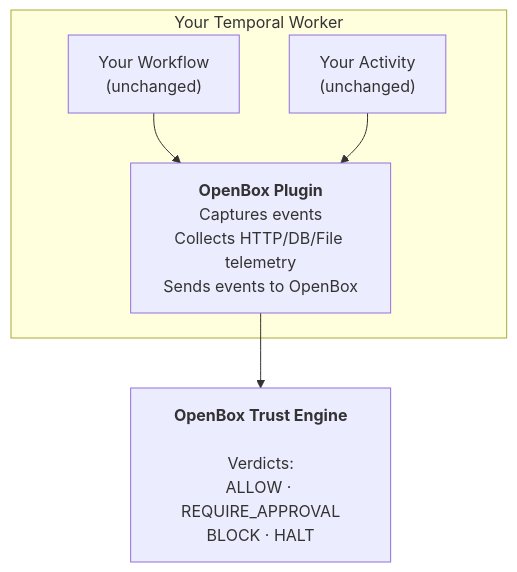
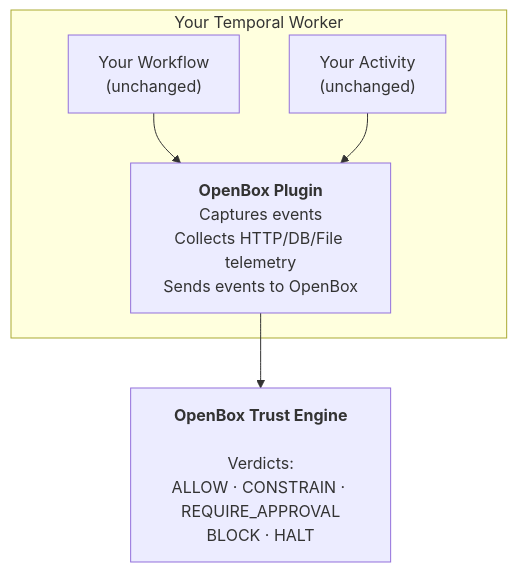
Before and after one commit to OpenBox-AI/openbox-document: the diagram in website/docs/developer-guide/temporal-python/sdk-reference.md, drawn with Mermaid. The commit also changed other lines of this file and 17 other files, not shown here.

````diff
--- a/website/docs/developer-guide/temporal-python/sdk-reference.md
+++ b/website/docs/developer-guide/temporal-python/sdk-reference.md
@@ -162,14 +166,14 @@
 ```mermaid
 flowchart TD
     subgraph worker["Your Temporal Worker"]
         workflow["Your Workflow<br/>(unchanged)"]
         activity["Your Activity<br/>(unchanged)"]
         sdk["<b>OpenBox Plugin</b><br/>Captures events<br/>Collects HTTP/DB/File telemetry<br/>Sends events to OpenBox"]
         workflow --> sdk
         activity --> sdk
     end
 
     sdk --> engine
 
-    engine["<b>OpenBox Trust Engine</b><br/><br/>Verdicts:<br/>ALLOW · REQUIRE_APPROVAL<br/>BLOCK · HALT"]
+    engine["<b>OpenBox Trust Engine</b><br/><br/>Verdicts:<br/>ALLOW · CONSTRAIN · REQUIRE_APPROVAL<br/>BLOCK · HALT"]
 ```
````
